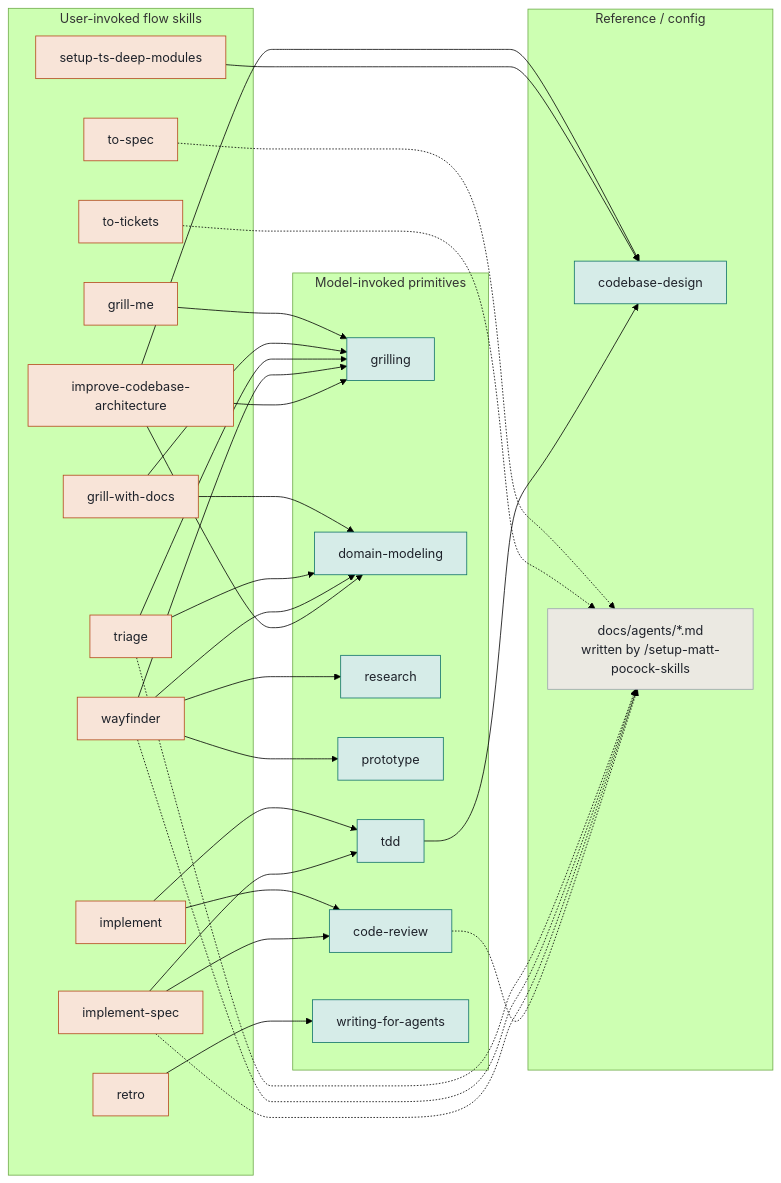
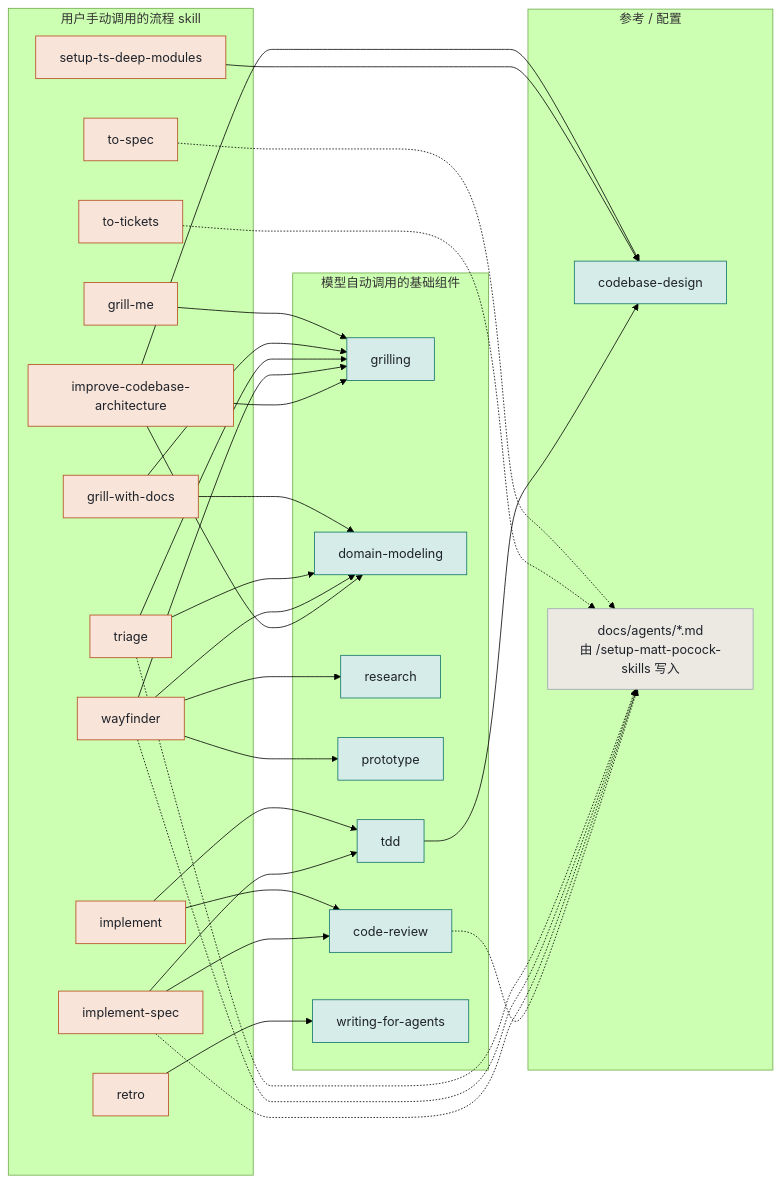
Before and after one commit to zxsong111/skills: the third of 3 diagrams in SKILLS-MAP.md, drawn with Mermaid (forest theme). The commit also changed other lines of this file and 220 other files, not shown here.

````diff
--- a/SKILLS-MAP.md
+++ b/SKILLS-MAP.md
@@ -184,50 +184,50 @@
 ```mermaid
 flowchart LR
   classDef user fill:#f8e4d8,stroke:#b4471a,color:#1e222a
   classDef model fill:#d6ece8,stroke:#0f7268,color:#1e222a
   classDef cfg fill:#ebe9e2,stroke:#9aa2ae,color:#1e222a
 
-  subgraph wrappers["User-invoked flow skills"]
+  subgraph wrappers["用户手动调用的流程 skill"]
     gm["grill-me"]:::user
     gwd["grill-with-docs"]:::user
     tri["triage"]:::user
     way["wayfinder"]:::user
     imp["improve-codebase-architecture"]:::user
     tsd["setup-ts-deep-modules"]:::user
     spec["to-spec"]:::user
     tk["to-tickets"]:::user
     impl["implement"]:::user
     is["implement-spec"]:::user
     retro["retro"]:::user
   end
-  subgraph prims["Model-invoked primitives"]
+  subgraph prims["模型自动调用的基础组件"]
     g["grilling"]:::model
     dm["domain-modeling"]:::model
     rs["research"]:::model
     pt["prototype"]:::model
     tdd["tdd"]:::model
     cr["code-review"]:::model
     wfa["writing-for-agents"]:::model
   end
-  subgraph refs["Reference / config"]
+  subgraph refs["参考 / 配置"]
     cd["codebase-design"]:::model
-    docs["docs/agents/*.md<br/>written by /setup-matt-pocock-skills"]:::cfg
+    docs["docs/agents/*.md<br/>由 /setup-matt-pocock-skills 写入"]:::cfg
   end
 
   gm --> g
   gwd --> g & dm
   tri --> g & dm
   way --> g & dm & rs & pt
   imp --> cd & g & dm
   tsd --> cd
   impl --> tdd & cr
   is --> tdd & cr
   tdd --> cd
   retro --> wfa
   spec -.-> docs
   tk -.-> docs
   tri -.-> docs
   way -.-> docs
   is -.-> docs
   cr -.-> docs
 ```
````
